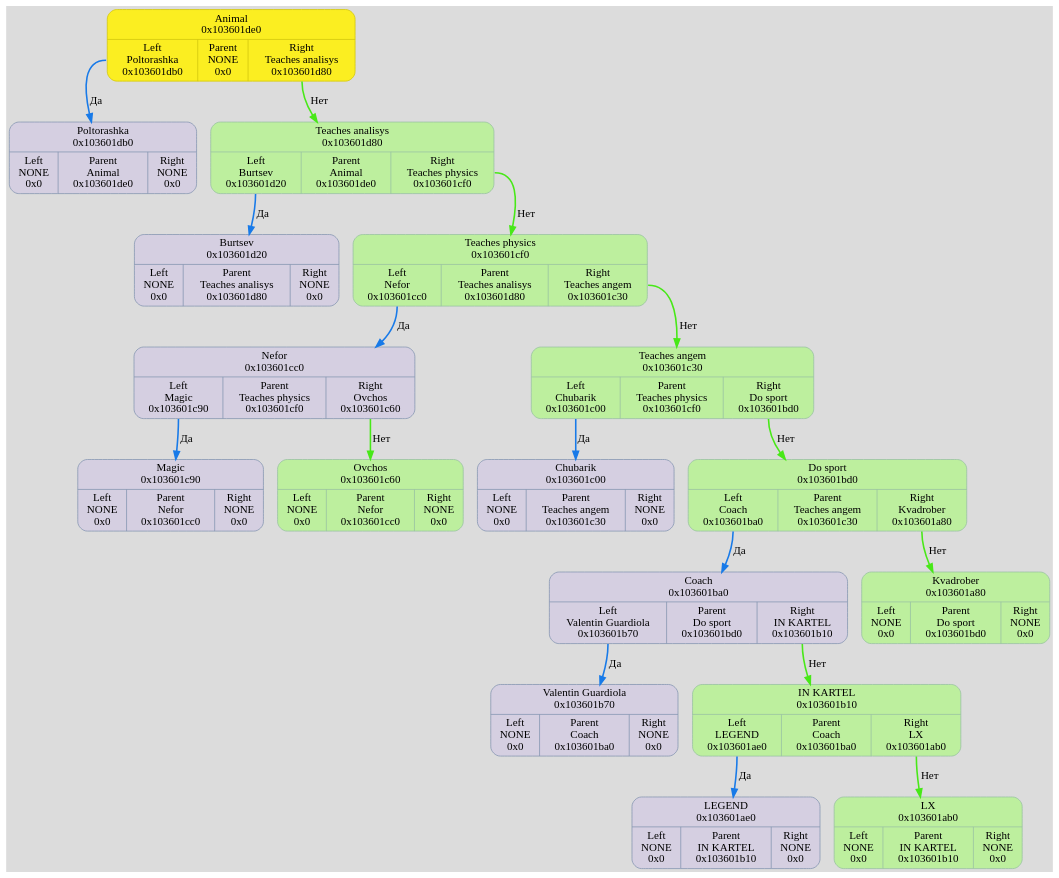
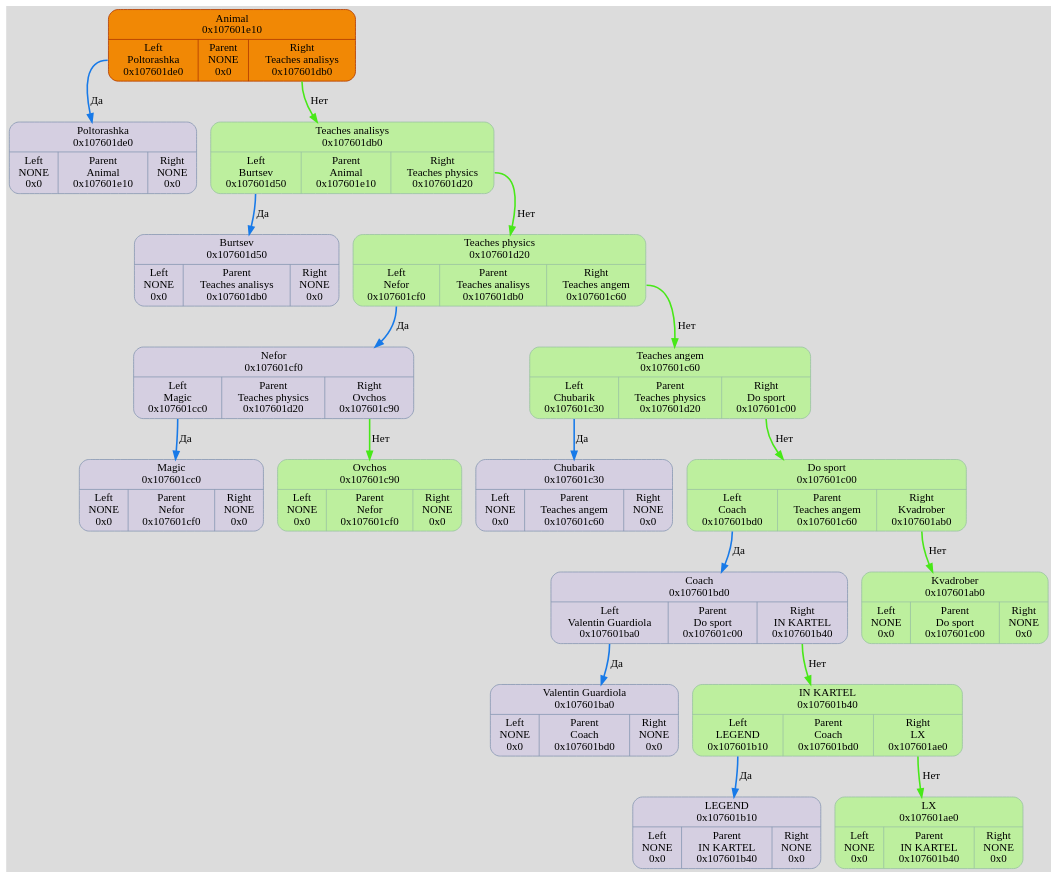
Before and after one commit to TolikRogov/Akinator: the diagram in dump/graph.dot, drawn with Graphviz. The commit also changed 35 other files, not shown here.

```diff
--- a/dump/graph.dot
+++ b/dump/graph.dot
@@ -2,45 +2,62 @@
 	fontname = "UbuntuMono";
 	bgcolor = "#DCDCDC";
 
-	node0x103601de0 [ shape = Mrecord; style = filled; fillcolor = "#FBEE21"; color = "#D3C70D"; fontcolor = "#000000";label = " { Animal\n0x103601de0 | { <left> Left\nPoltorashka\n0x103601db0 | Parent\nNONE\n0x0 | <right> Right\nTeaches analisys\n0x103601d80 } } ";  ];
-	node0x103601de0:<left> -> node0x103601db0 [ style = "bold"; color = "#187AE8"; label = "Да"; ];
-	node0x103601db0 [ shape = Mrecord; style = filled; fillcolor = "#D5CFE1"; color = "#8797b2"; fontcolor = "#000000";label = " { Poltorashka\n0x103601db0 | { <left> Left\nNONE\n0x0 | Parent\nAnimal\n0x103601de0 | <right> Right\nNONE\n0x0 } } ";  ];
-	node0x103601d80 [ shape = Mrecord; style = filled; fillcolor = "#D5CFE1"; color = "#8797b2"; fontcolor = "#000000";label = " { Teaches analisys\n0x103601d80 | { <left> Left\nBurtsev\n0x103601d20 | Parent\nAnimal\n0x103601de0 | <right> Right\nTeaches physics\n0x103601cf0 } } ";  ];
-	node0x103601d80:<left> -> node0x103601d20 [ style = "bold"; color = "#187AE8"; label = "Да"; ];
-	node0x103601d20 [ shape = Mrecord; style = filled; fillcolor = "#D5CFE1"; color = "#8797b2"; fontcolor = "#000000";label = " { Burtsev\n0x103601d20 | { <left> Left\nNONE\n0x0 | Parent\nTeaches analisys\n0x103601d80 | <right> Right\nNONE\n0x0 } } ";  ];
-	node0x103601cf0 [ shape = Mrecord; style = filled; fillcolor = "#D5CFE1"; color = "#8797b2"; fontcolor = "#000000";label = " { Teaches physics\n0x103601cf0 | { <left> Left\nNefor\n0x103601cc0 | Parent\nTeaches analisys\n0x103601d80 | <right> Right\nTeaches angem\n0x103601c30 } } ";  ];
-	node0x103601cf0:<left> -> node0x103601cc0 [ style = "bold"; color = "#187AE8"; label = "Да"; ];
-	node0x103601cc0 [ shape = Mrecord; style = filled; fillcolor = "#D5CFE1"; color = "#8797b2"; fontcolor = "#000000";label = " { Nefor\n0x103601cc0 | { <left> Left\nMagic\n0x103601c90 | Parent\nTeaches physics\n0x103601cf0 | <right> Right\nOvchos\n0x103601c60 } } ";  ];
-	node0x103601cc0:<left> -> node0x103601c90 [ style = "bold"; color = "#187AE8"; label = "Да"; ];
-	node0x103601c90 [ shape = Mrecord; style = filled; fillcolor = "#D5CFE1"; color = "#8797b2"; fontcolor = "#000000";label = " { Magic\n0x103601c90 | { <left> Left\nNONE\n0x0 | Parent\nNefor\n0x103601cc0 | <right> Right\nNONE\n0x0 } } ";  ];
-	node0x103601c60 [ shape = Mrecord; style = filled; fillcolor = "#D5CFE1"; color = "#8797b2"; fontcolor = "#000000";label = " { Ovchos\n0x103601c60 | { <left> Left\nNONE\n0x0 | Parent\nNefor\n0x103601cc0 | <right> Right\nNONE\n0x0 } } ";  ];
-	node0x103601cc0:<right> -> node0x103601c60 [ style = "bold"; color = "#48E818"; label = "Нет"; ];
-	node0x103601c60 [ fillcolor = "#BDEF9E"; color = "#99c2a2"; fontcolor = "#000000"; ];
-	node0x103601c30 [ shape = Mrecord; style = filled; fillcolor = "#D5CFE1"; color = "#8797b2"; fontcolor = "#000000";label = " { Teaches angem\n0x103601c30 | { <left> Left\nChubarik\n0x103601c00 | Parent\nTeaches physics\n0x103601cf0 | <right> Right\nDo sport\n0x103601bd0 } } ";  ];
-	node0x103601c30:<left> -> node0x103601c00 [ style = "bold"; color = "#187AE8"; label = "Да"; ];
-	node0x103601c00 [ shape = Mrecord; style = filled; fillcolor = "#D5CFE1"; color = "#8797b2"; fontcolor = "#000000";label = " { Chubarik\n0x103601c00 | { <left> Left\nNONE\n0x0 | Parent\nTeaches angem\n0x103601c30 | <right> Right\nNONE\n0x0 } } ";  ];
-	node0x103601bd0 [ shape = Mrecord; style = filled; fillcolor = "#D5CFE1"; color = "#8797b2"; fontcolor = "#000000";label = " { Do sport\n0x103601bd0 | { <left> Left\nCoach\n0x103601ba0 | Parent\nTeaches angem\n0x103601c30 | <right> Right\nKvadrober\n0x103601a80 } } ";  ];
-	node0x103601bd0:<left> -> node0x103601ba0 [ style = "bold"; color = "#187AE8"; label = "Да"; ];
-	node0x103601ba0 [ shape = Mrecord; style = filled; fillcolor = "#D5CFE1"; color = "#8797b2"; fontcolor = "#000000";label = " { Coach\n0x103601ba0 | { <left> Left\nValentin Guardiola\n0x103601b70 | Parent\nDo sport\n0x103601bd0 | <right> Right\nIN KARTEL\n0x103601b10 } } ";  ];
-	node0x103601ba0:<left> -> node0x103601b70 [ style = "bold"; color = "#187AE8"; label = "Да"; ];
-	node0x103601b70 [ shape = Mrecord; style = filled; fillcolor = "#D5CFE1"; color = "#8797b2"; fontcolor = "#000000";label = " { Valentin Guardiola\n0x103601b70 | { <left> Left\nNONE\n0x0 | Parent\nCoach\n0x103601ba0 | <right> Right\nNONE\n0x0 } } ";  ];
-	node0x103601b10 [ shape = Mrecord; style = filled; fillcolor = "#D5CFE1"; color = "#8797b2"; fontcolor = "#000000";label = " { IN KARTEL\n0x103601b10 | { <left> Left\nLEGEND\n0x103601ae0 | Parent\nCoach\n0x103601ba0 | <right> Right\nLX\n0x103601ab0 } } ";  ];
-	node0x103601b10:<left> -> node0x103601ae0 [ style = "bold"; color = "#187AE8"; label = "Да"; ];
-	node0x103601ae0 [ shape = Mrecord; style = filled; fillcolor = "#D5CFE1"; color = "#8797b2"; fontcolor = "#000000";label = " { LEGEND\n0x103601ae0 | { <left> Left\nNONE\n0x0 | Parent\nIN KARTEL\n0x103601b10 | <right> Right\nNONE\n0x0 } } ";  ];
-	node0x103601ab0 [ shape = Mrecord; style = filled; fillcolor = "#D5CFE1"; color = "#8797b2"; fontcolor = "#000000";label = " { LX\n0x103601ab0 | { <left> Left\nNONE\n0x0 | Parent\nIN KARTEL\n0x103601b10 | <right> Right\nNONE\n0x0 } } ";  ];
-	node0x103601b10:<right> -> node0x103601ab0 [ style = "bold"; color = "#48E818"; label = "Нет"; ];
-	node0x103601ab0 [ fillcolor = "#BDEF9E"; color = "#99c2a2"; fontcolor = "#000000"; ];
-	node0x103601ba0:<right> -> node0x103601b10 [ style = "bold"; color = "#48E818"; label = "Нет"; ];
-	node0x103601b10 [ fillcolor = "#BDEF9E"; color = "#99c2a2"; fontcolor = "#000000"; ];
-	node0x103601a80 [ shape = Mrecord; style = filled; fillcolor = "#D5CFE1"; color = "#8797b2"; fontcolor = "#000000";label = " { Kvadrober\n0x103601a80 | { <left> Left\nNONE\n0x0 | Parent\nDo sport\n0x103601bd0 | <right> Right\nNONE\n0x0 } } ";  ];
-	node0x103601bd0:<right> -> node0x103601a80 [ style = "bold"; color = "#48E818"; label = "Нет"; ];
-	node0x103601a80 [ fillcolor = "#BDEF9E"; color = "#99c2a2"; fontcolor = "#000000"; ];
-	node0x103601c30:<right> -> node0x103601bd0 [ style = "bold"; color = "#48E818"; label = "Нет"; ];
-	node0x103601bd0 [ fillcolor = "#BDEF9E"; color = "#99c2a2"; fontcolor = "#000000"; ];
-	node0x103601cf0:<right> -> node0x103601c30 [ style = "bold"; color = "#48E818"; label = "Нет"; ];
-	node0x103601c30 [ fillcolor = "#BDEF9E"; color = "#99c2a2"; fontcolor = "#000000"; ];
-	node0x103601d80:<right> -> node0x103601cf0 [ style = "bold"; color = "#48E818"; label = "Нет"; ];
-	node0x103601cf0 [ fillcolor = "#BDEF9E"; color = "#99c2a2"; fontcolor = "#000000"; ];
-	node0x103601de0:<right> -> node0x103601d80 [ style = "bold"; color = "#48E818"; label = "Нет"; ];
-	node0x103601d80 [ fillcolor = "#BDEF9E"; color = "#99c2a2"; fontcolor = "#000000"; ];
+	node0x107601e10 [ shape = Mrecord; style = filled; fillcolor = "#FBEE21"; color = "#D3C70D"; fontcolor = "#000000";label = " { Animal\n0x107601e10 | { <left> Left\nPoltorashka\n0x107601de0 | Parent\nNONE\n0x0 | <right> Right\nTeaches analisys\n0x107601db0 } } ";  ];
+	node0x107601e10:<left> -> node0x107601de0 [ style = "bold"; color = "#187AE8"; label = "Да"; ];
+	node0x107601de0 [ shape = Mrecord; style = filled; fillcolor = "#D5CFE1"; color = "#8797b2"; fontcolor = "#000000";label = " { Poltorashka\n0x107601de0 | { <left> Left\nNONE\n0x0 | Parent\nAnimal\n0x107601e10 | <right> Right\nNONE\n0x0 } } ";  ];
+	node0x107601e10 [ fillcolor = "#F18805"; color = "#AF3800"; fontcolor = "#000000"; ];
+	node0x107601db0 [ shape = Mrecord; style = filled; fillcolor = "#D5CFE1"; color = "#8797b2"; fontcolor = "#000000";label = " { Teaches analisys\n0x107601db0 | { <left> Left\nBurtsev\n0x107601d50 | Parent\nAnimal\n0x107601e10 | <right> Right\nTeaches physics\n0x107601d20 } } ";  ];
+	node0x107601db0:<left> -> node0x107601d50 [ style = "bold"; color = "#187AE8"; label = "Да"; ];
+	node0x107601d50 [ shape = Mrecord; style = filled; fillcolor = "#D5CFE1"; color = "#8797b2"; fontcolor = "#000000";label = " { Burtsev\n0x107601d50 | { <left> Left\nNONE\n0x0 | Parent\nTeaches analisys\n0x107601db0 | <right> Right\nNONE\n0x0 } } ";  ];
+	node0x107601e10 [ fillcolor = "#F18805"; color = "#AF3800"; fontcolor = "#000000"; ];
+	node0x107601d20 [ shape = Mrecord; style = filled; fillcolor = "#D5CFE1"; color = "#8797b2"; fontcolor = "#000000";label = " { Teaches physics\n0x107601d20 | { <left> Left\nNefor\n0x107601cf0 | Parent\nTeaches analisys\n0x107601db0 | <right> Right\nTeaches angem\n0x107601c60 } } ";  ];
+	node0x107601d20:<left> -> node0x107601cf0 [ style = "bold"; color = "#187AE8"; label = "Да"; ];
+	node0x107601cf0 [ shape = Mrecord; style = filled; fillcolor = "#D5CFE1"; color = "#8797b2"; fontcolor = "#000000";label = " { Nefor\n0x107601cf0 | { <left> Left\nMagic\n0x107601cc0 | Parent\nTeaches physics\n0x107601d20 | <right> Right\nOvchos\n0x107601c90 } } ";  ];
+	node0x107601cf0:<left> -> node0x107601cc0 [ style = "bold"; color = "#187AE8"; label = "Да"; ];
+	node0x107601cc0 [ shape = Mrecord; style = filled; fillcolor = "#D5CFE1"; color = "#8797b2"; fontcolor = "#000000";label = " { Magic\n0x107601cc0 | { <left> Left\nNONE\n0x0 | Parent\nNefor\n0x107601cf0 | <right> Right\nNONE\n0x0 } } ";  ];
+	node0x107601e10 [ fillcolor = "#F18805"; color = "#AF3800"; fontcolor = "#000000"; ];
+	node0x107601c90 [ shape = Mrecord; style = filled; fillcolor = "#D5CFE1"; color = "#8797b2"; fontcolor = "#000000";label = " { Ovchos\n0x107601c90 | { <left> Left\nNONE\n0x0 | Parent\nNefor\n0x107601cf0 | <right> Right\nNONE\n0x0 } } ";  ];
+	node0x107601e10 [ fillcolor = "#F18805"; color = "#AF3800"; fontcolor = "#000000"; ];
+	node0x107601cf0:<right> -> node0x107601c90 [ style = "bold"; color = "#48E818"; label = "Нет"; ];
+	node0x107601c90 [ fillcolor = "#BDEF9E"; color = "#99c2a2"; fontcolor = "#000000"; ];
+	node0x107601e10 [ fillcolor = "#F18805"; color = "#AF3800"; fontcolor = "#000000"; ];
+	node0x107601c60 [ shape = Mrecord; style = filled; fillcolor = "#D5CFE1"; color = "#8797b2"; fontcolor = "#000000";label = " { Teaches angem\n0x107601c60 | { <left> Left\nChubarik\n0x107601c30 | Parent\nTeaches physics\n0x107601d20 | <right> Right\nDo sport\n0x107601c00 } } ";  ];
+	node0x107601c60:<left> -> node0x107601c30 [ style = "bold"; color = "#187AE8"; label = "Да"; ];
+	node0x107601c30 [ shape = Mrecord; style = filled; fillcolor = "#D5CFE1"; color = "#8797b2"; fontcolor = "#000000";label = " { Chubarik\n0x107601c30 | { <left> Left\nNONE\n0x0 | Parent\nTeaches angem\n0x107601c60 | <right> Right\nNONE\n0x0 } } ";  ];
+	node0x107601e10 [ fillcolor = "#F18805"; color = "#AF3800"; fontcolor = "#000000"; ];
+	node0x107601c00 [ shape = Mrecord; style = filled; fillcolor = "#D5CFE1"; color = "#8797b2"; fontcolor = "#000000";label = " { Do sport\n0x107601c00 | { <left> Left\nCoach\n0x107601bd0 | Parent\nTeaches angem\n0x107601c60 | <right> Right\nKvadrober\n0x107601ab0 } } ";  ];
+	node0x107601c00:<left> -> node0x107601bd0 [ style = "bold"; color = "#187AE8"; label = "Да"; ];
+	node0x107601bd0 [ shape = Mrecord; style = filled; fillcolor = "#D5CFE1"; color = "#8797b2"; fontcolor = "#000000";label = " { Coach\n0x107601bd0 | { <left> Left\nValentin Guardiola\n0x107601ba0 | Parent\nDo sport\n0x107601c00 | <right> Right\nIN KARTEL\n0x107601b40 } } ";  ];
+	node0x107601bd0:<left> -> node0x107601ba0 [ style = "bold"; color = "#187AE8"; label = "Да"; ];
+	node0x107601ba0 [ shape = Mrecord; style = filled; fillcolor = "#D5CFE1"; color = "#8797b2"; fontcolor = "#000000";label = " { Valentin Guardiola\n0x107601ba0 | { <left> Left\nNONE\n0x0 | Parent\nCoach\n0x107601bd0 | <right> Right\nNONE\n0x0 } } ";  ];
+	node0x107601e10 [ fillcolor = "#F18805"; color = "#AF3800"; fontcolor = "#000000"; ];
+	node0x107601b40 [ shape = Mrecord; style = filled; fillcolor = "#D5CFE1"; color = "#8797b2"; fontcolor = "#000000";label = " { IN KARTEL\n0x107601b40 | { <left> Left\nLEGEND\n0x107601b10 | Parent\nCoach\n0x107601bd0 | <right> Right\nLX\n0x107601ae0 } } ";  ];
+	node0x107601b40:<left> -> node0x107601b10 [ style = "bold"; color = "#187AE8"; label = "Да"; ];
+	node0x107601b10 [ shape = Mrecord; style = filled; fillcolor = "#D5CFE1"; color = "#8797b2"; fontcolor = "#000000";label = " { LEGEND\n0x107601b10 | { <left> Left\nNONE\n0x0 | Parent\nIN KARTEL\n0x107601b40 | <right> Right\nNONE\n0x0 } } ";  ];
+	node0x107601e10 [ fillcolor = "#F18805"; color = "#AF3800"; fontcolor = "#000000"; ];
+	node0x107601ae0 [ shape = Mrecord; style = filled; fillcolor = "#D5CFE1"; color = "#8797b2"; fontcolor = "#000000";label = " { LX\n0x107601ae0 | { <left> Left\nNONE\n0x0 | Parent\nIN KARTEL\n0x107601b40 | <right> Right\nNONE\n0x0 } } ";  ];
+	node0x107601e10 [ fillcolor = "#F18805"; color = "#AF3800"; fontcolor = "#000000"; ];
+	node0x107601b40:<right> -> node0x107601ae0 [ style = "bold"; color = "#48E818"; label = "Нет"; ];
+	node0x107601ae0 [ fillcolor = "#BDEF9E"; color = "#99c2a2"; fontcolor = "#000000"; ];
+	node0x107601e10 [ fillcolor = "#F18805"; color = "#AF3800"; fontcolor = "#000000"; ];
+	node0x107601bd0:<right> -> node0x107601b40 [ style = "bold"; color = "#48E818"; label = "Нет"; ];
+	node0x107601b40 [ fillcolor = "#BDEF9E"; color = "#99c2a2"; fontcolor = "#000000"; ];
+	node0x107601e10 [ fillcolor = "#F18805"; color = "#AF3800"; fontcolor = "#000000"; ];
+	node0x107601ab0 [ shape = Mrecord; style = filled; fillcolor = "#D5CFE1"; color = "#8797b2"; fontcolor = "#000000";label = " { Kvadrober\n0x107601ab0 | { <left> Left\nNONE\n0x0 | Parent\nDo sport\n0x107601c00 | <right> Right\nNONE\n0x0 } } ";  ];
+	node0x107601e10 [ fillcolor = "#F18805"; color = "#AF3800"; fontcolor = "#000000"; ];
+	node0x107601c00:<right> -> node0x107601ab0 [ style = "bold"; color = "#48E818"; label = "Нет"; ];
+	node0x107601ab0 [ fillcolor = "#BDEF9E"; color = "#99c2a2"; fontcolor = "#000000"; ];
+	node0x107601e10 [ fillcolor = "#F18805"; color = "#AF3800"; fontcolor = "#000000"; ];
+	node0x107601c60:<right> -> node0x107601c00 [ style = "bold"; color = "#48E818"; label = "Нет"; ];
+	node0x107601c00 [ fillcolor = "#BDEF9E"; color = "#99c2a2"; fontcolor = "#000000"; ];
+	node0x107601e10 [ fillcolor = "#F18805"; color = "#AF3800"; fontcolor = "#000000"; ];
+	node0x107601d20:<right> -> node0x107601c60 [ style = "bold"; color = "#48E818"; label = "Нет"; ];
+	node0x107601c60 [ fillcolor = "#BDEF9E"; color = "#99c2a2"; fontcolor = "#000000"; ];
+	node0x107601e10 [ fillcolor = "#F18805"; color = "#AF3800"; fontcolor = "#000000"; ];
+	node0x107601db0:<right> -> node0x107601d20 [ style = "bold"; color = "#48E818"; label = "Нет"; ];
+	node0x107601d20 [ fillcolor = "#BDEF9E"; color = "#99c2a2"; fontcolor = "#000000"; ];
+	node0x107601e10 [ fillcolor = "#F18805"; color = "#AF3800"; fontcolor = "#000000"; ];
+	node0x107601e10:<right> -> node0x107601db0 [ style = "bold"; color = "#48E818"; label = "Нет"; ];
+	node0x107601db0 [ fillcolor = "#BDEF9E"; color = "#99c2a2"; fontcolor = "#000000"; ];
+	node0x107601e10 [ fillcolor = "#F18805"; color = "#AF3800"; fontcolor = "#000000"; ];
 }
```
